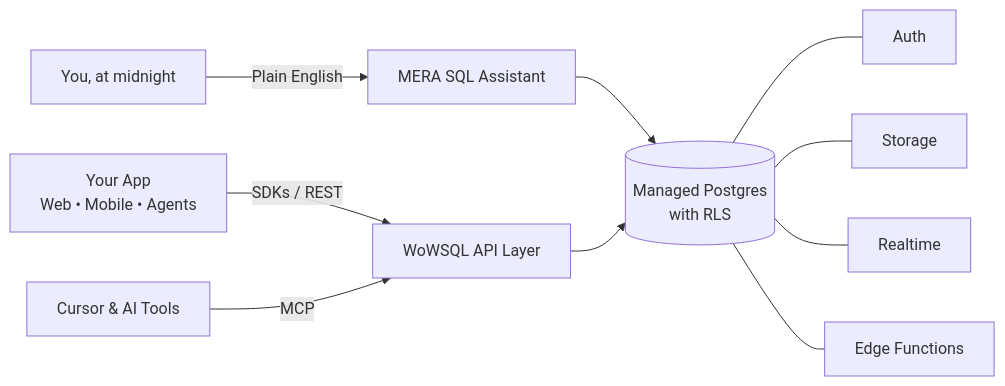
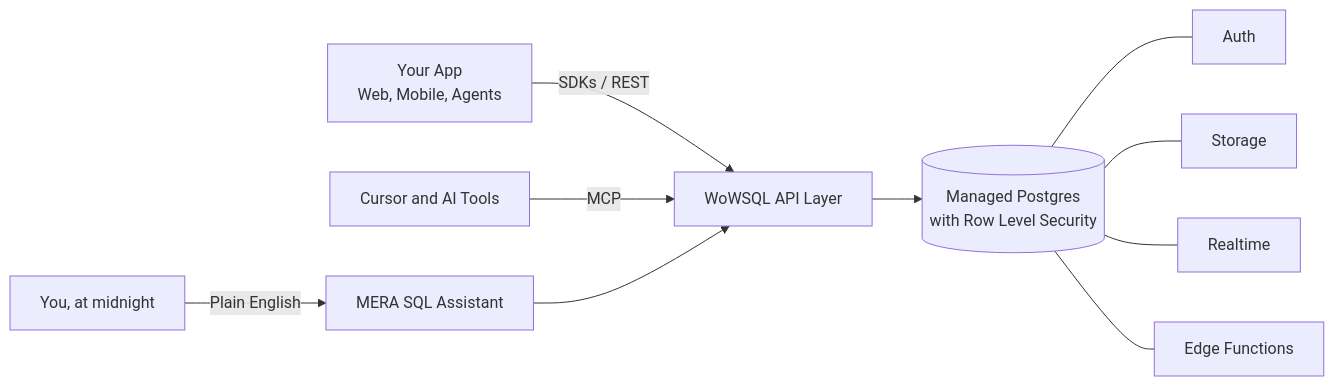
The diagram in README.md (saravanapradeep-p/saravanapradeep-p), drawn with Mermaid before and after one commit. The commit also changed other lines of this file, not shown here.

````diff
--- a/README.md
+++ b/README.md
@@ -108,12 +92,12 @@
 ```mermaid
 flowchart LR
-    App["Your App<br/>Web • Mobile • Agents"] -->|SDKs / REST| API["WoWSQL API Layer"]
-    AI["Cursor & AI Tools"] -->|MCP| API
-    You["You, at midnight"] -->|Plain English| MERA["MERA SQL Assistant"]
-    MERA --> PG
-    API --> PG[("Managed Postgres<br/>with RLS")]
-    PG --- Auth["Auth"]
-    PG --- Storage["Storage"]
-    PG --- Realtime["Realtime"]
-    PG --- Edge["Edge Functions"]
+    A["Your App<br/>Web, Mobile, Agents"] -->|SDKs / REST| API["WoWSQL API Layer"]
+    B["Cursor and AI Tools"] -->|MCP| API
+    C["You, at midnight"] -->|Plain English| M["MERA SQL Assistant"]
+    M --> API
+    API --> PG[("Managed Postgres<br/>with Row Level Security")]
+    PG --- AU["Auth"]
+    PG --- ST["Storage"]
+    PG --- RT["Realtime"]
+    PG --- EF["Edge Functions"]
 ```
````
